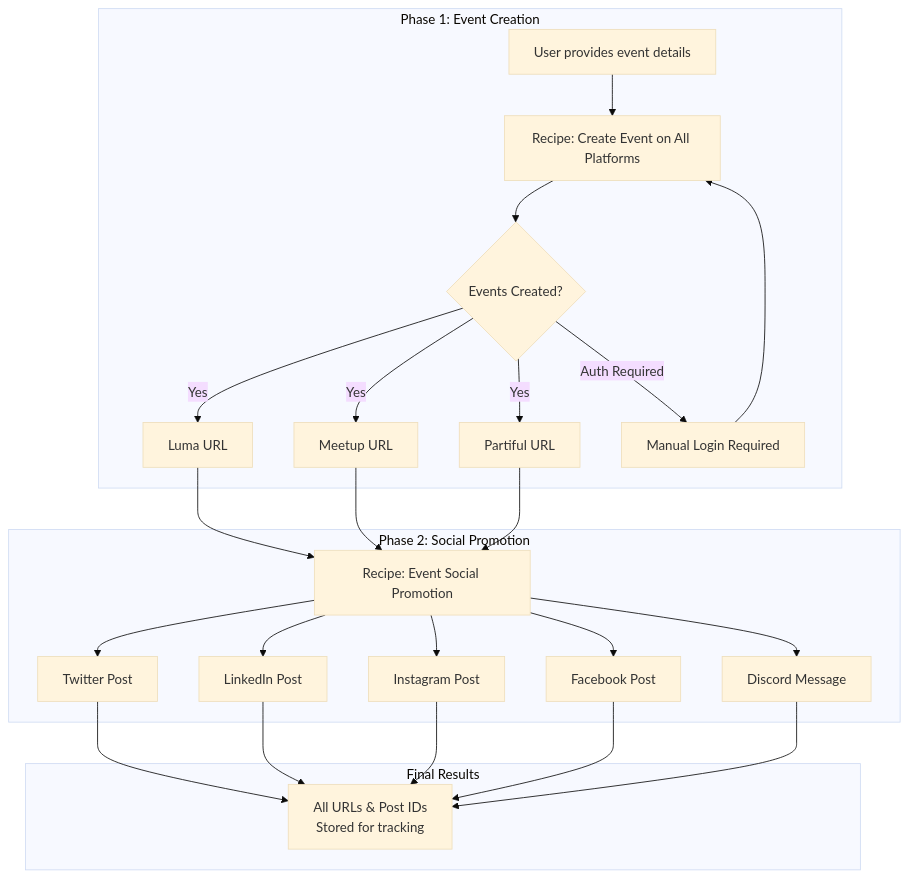
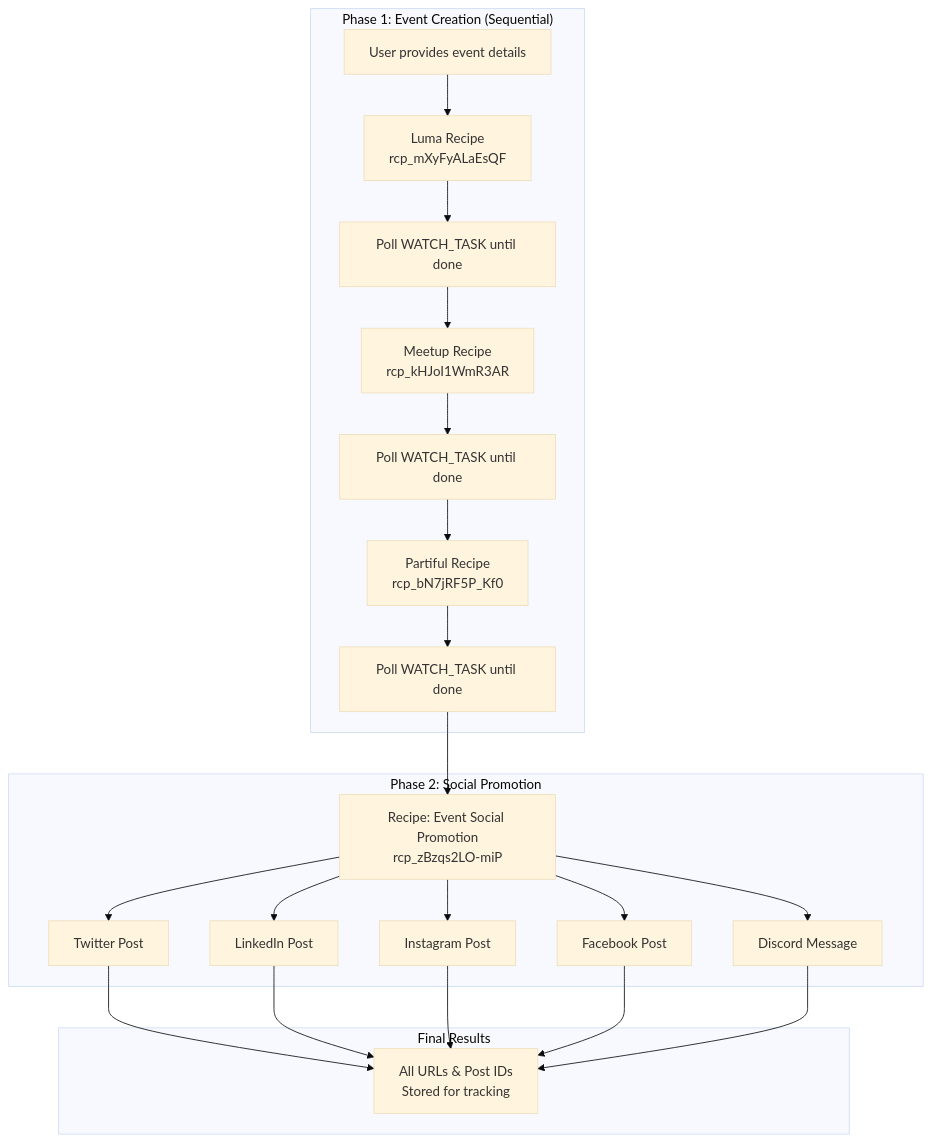
Before and after one commit to Coffee-Code-Philly-Accelerator/CCP-Digital-Marketing: the fifth of 6 diagrams in README.md, drawn with Mermaid (base theme). The commit also changed other lines of this file and 83 other files, not shown here.

First line of the commit message:
Migrate event creation to Hyperbrowser with persistent auth and clean up codebase

````diff
--- a/README.md
+++ b/README.md
@@ -307,25 +288,24 @@
 ```mermaid
 flowchart TD
-    subgraph Phase1["Phase 1: Event Creation"]
-        A[User provides event details] --> B[Recipe: Create Event on All Platforms]
-        B --> C{Events Created?}
-        C -->|Yes| D[Luma URL]
-        C -->|Yes| E[Meetup URL]
-        C -->|Yes| F[Partiful URL]
-        C -->|Auth Required| G[Manual Login Required]
-        G --> B
+    subgraph Phase1["Phase 1: Event Creation (Sequential)"]
+        A[User provides event details] --> B[Luma Recipe<br/>rcp_mXyFyALaEsQF]
+        B --> C[Poll WATCH_TASK until done]
+        C --> D[Meetup Recipe<br/>rcp_kHJoI1WmR3AR]
+        D --> E[Poll WATCH_TASK until done]
+        E --> F[Partiful Recipe<br/>rcp_bN7jRF5P_Kf0]
+        F --> G[Poll WATCH_TASK until done]
     end
 
     subgraph Phase2["Phase 2: Social Promotion"]
-        D & E & F --> H[Recipe: Event Social Promotion]
+        G --> H[Recipe: Event Social Promotion<br/>rcp_zBzqs2LO-miP]
         H --> I[Twitter Post]
         H --> J[LinkedIn Post]
         H --> K[Instagram Post]
         H --> L[Facebook Post]
         H --> M[Discord Message]
     end
 
     subgraph Results["Final Results"]
         I & J & K & L & M --> N[All URLs & Post IDs<br/>Stored for tracking]
     end
 ```
````
